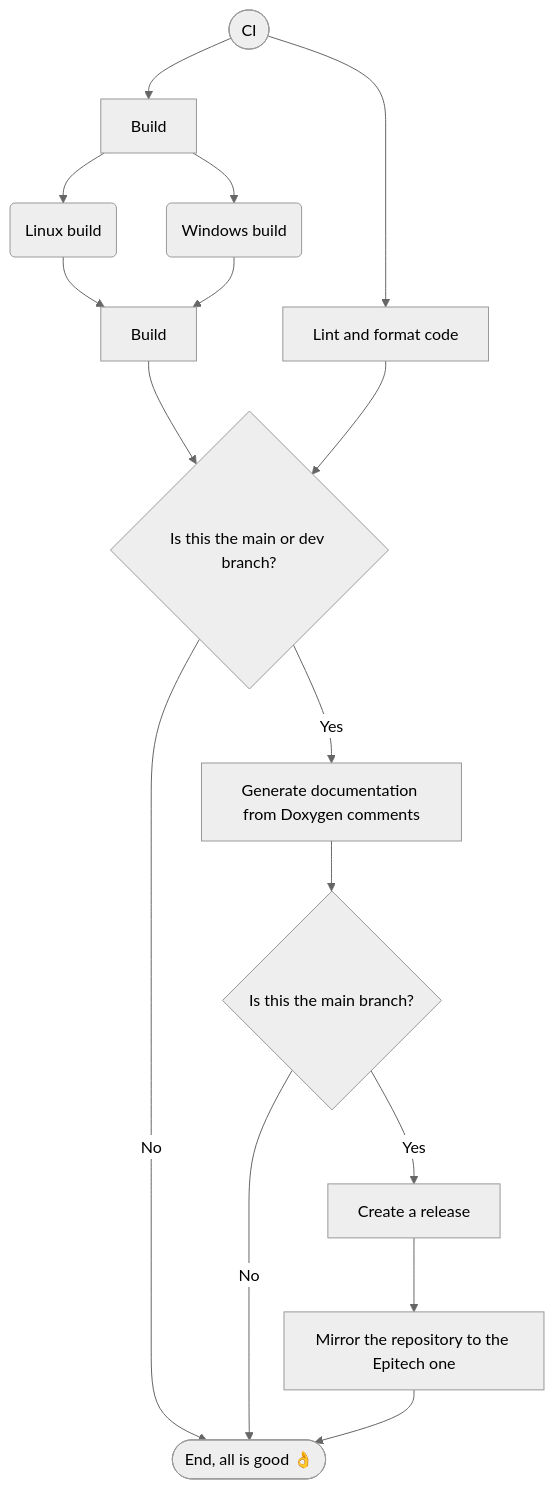
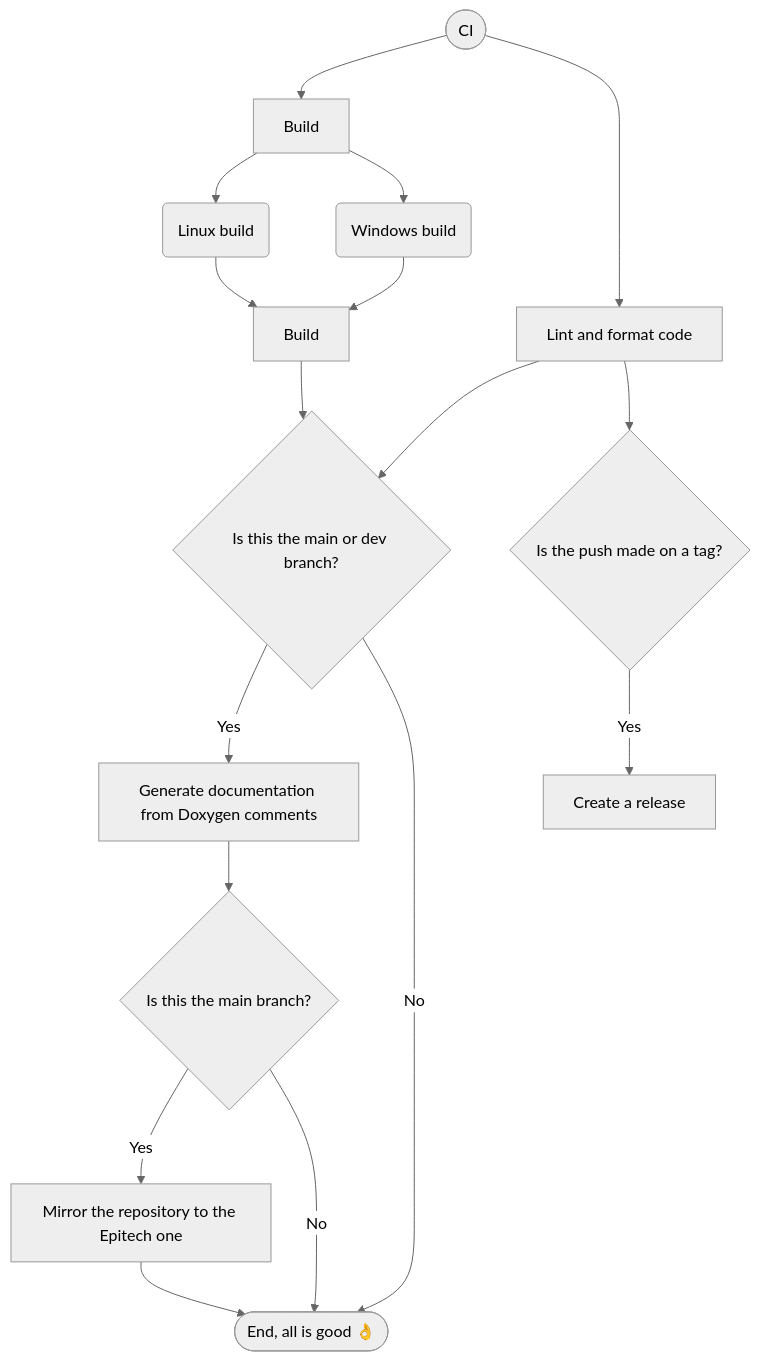
The diagram in .github/workflows/CI.md (Z4RM/R-Type-CI), drawn with Mermaid (neutral theme) before and after one commit.

Commit message:
Update CI.md
[skip ci]

````diff
--- a/.github/workflows/CI.md
+++ b/.github/workflows/CI.md
@@ -3,30 +3,32 @@
 ```mermaid
 flowchart
     CI([CI])
     Linux(Linux build)
     Windows(Windows build)
     BuildAfter[Build]
     Lint[Lint and format code]
     Doxygen[Generate documentation from Doxygen comments]
     IsMain{Is this the main branch?}
     IsDev{Is this the main or dev branch?}
+    IsTag{Is the push made on a tag?}
     Release[Create a release]
     Mirror[Mirror the repository to the Epitech one]
     End([End, all is good 👌])
 
     CI --> Build
     CI --> Lint
     Build --> Linux
     Build --> Windows
     Linux --> BuildAfter
     Windows --> BuildAfter
     BuildAfter --> IsDev
     Lint --> IsDev
+    Lint --> IsTag
     IsDev -->|Yes| Doxygen
     IsDev -->|No| End
     Doxygen --> IsMain
-    IsMain -->|Yes| Release
+    IsMain -->|Yes| Mirror
     IsMain -->|No| End
-    Release --> Mirror
+    IsTag -->|Yes| Release
     Mirror --> End
 ```
````
